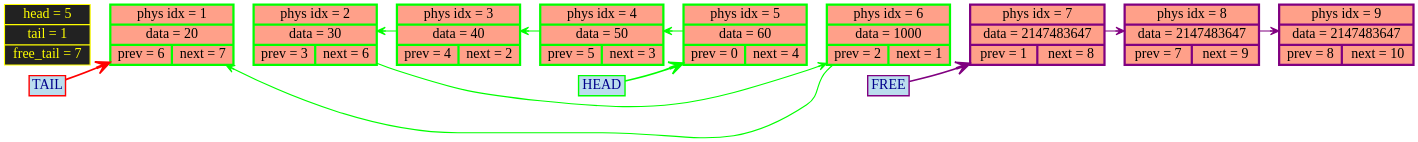
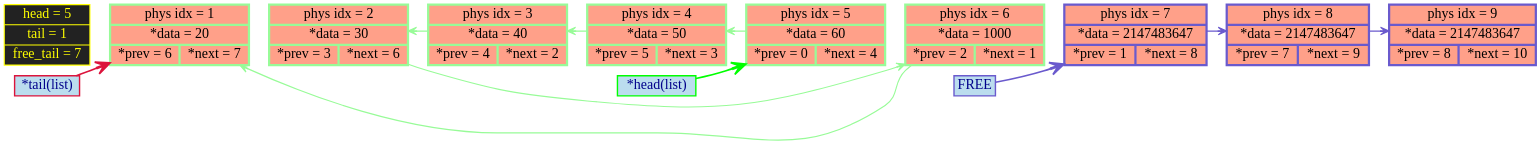
One commit to timoko3/list changed the diagram in graphDump.dot. Above: the diagram before and after it, drawn with Graphviz. The commit also changed 6 other files, not shown here.

```diff
--- a/graphDump.dot
+++ b/graphDump.dot
@@ -1,40 +1,40 @@
 digraph G {
 rankdir=LR
 bgcolor="transparent"
 	node [shape=record, style="filled", fillcolor="#FFA089", fontcolor="black", color="#007CAD", penwidth=2.5, fontname="Tahoma", fontsize=25];
 
 edge [color="#2d714f", arrowsize=1, penwidth=5, arrowhead="vee", style="bold"];
 node0 [label="head = 5 | tail = 1 | free_tail = 7", shape=record, style="filled", fillcolor="#222222", fontcolor="yellow", color="yellow", penwidth=2];
-	node1 [label="phys idx = 1 | data = 20 | {prev = 6 | next = 7} "];
-	node2 [label="phys idx = 2 | data = 30 | {prev = 3 | next = 6} "];
-	node3 [label="phys idx = 3 | data = 40 | {prev = 4 | next = 2} "];
-	node4 [label="phys idx = 4 | data = 50 | {prev = 5 | next = 3} "];
-	node5 [label="phys idx = 5 | data = 60 | {prev = 0 | next = 4} "];
-	node6 [label="phys idx = 6 | data = 1000 | {prev = 2 | next = 1} "];
-	node7 [label="phys idx = 7 | data = 2147483647 | {prev = 1 | next = 8} "];
-	node8 [label="phys idx = 8 | data = 2147483647 | {prev = 7 | next = 9} "];
-	node9 [label="phys idx = 9 | data = 2147483647 | {prev = 8 | next = 10} "];
+	node1 [label="phys idx = 1 | *data = 20 | {*prev = 6 | *next = 7} "];
+	node2 [label="phys idx = 2 | *data = 30 | {*prev = 3 | *next = 6} "];
+	node3 [label="phys idx = 3 | *data = 40 | {*prev = 4 | *next = 2} "];
+	node4 [label="phys idx = 4 | *data = 50 | {*prev = 5 | *next = 3} "];
+	node5 [label="phys idx = 5 | *data = 60 | {*prev = 0 | *next = 4} "];
+	node6 [label="phys idx = 6 | *data = 1000 | {*prev = 2 | *next = 1} "];
+	node7 [label="phys idx = 7 | *data = 2147483647 | {*prev = 1 | *next = 8} "];
+	node8 [label="phys idx = 8 | *data = 2147483647 | {*prev = 7 | *next = 9} "];
+	node9 [label="phys idx = 9 | *data = 2147483647 | {*prev = 8 | *next = 10} "];
 
-head_label [shape=box, label="HEAD", style="filled", fillcolor="#BBDDEE", color="lime", fontcolor="darkblue"];
-tail_label [shape=box, label="TAIL", style="filled", fillcolor="#BBDDEE", color="red", fontcolor="darkblue"];
-free_head_label [shape=box, label="FREE", style="filled", fillcolor="#BBDDEE", color="purple", fontcolor="darkblue"];
-head_label -> node5 [color="lime", arrowsize=2.5, penwidth=3];
-tail_label -> node1 [color="red", arrowsize=2.5, penwidth=3];
-free_head_label -> node7 [color="purple", arrowsize=2.5, penwidth=3];
+head_label [shape=box, label="*head(list)", style="filled", fillcolor="#BBDDEE", color="lime", fontcolor="darkblue"];
+tail_label [shape=box, label="*tail(list)", style="filled", fillcolor="#BBDDEE", color="#DC143C",   fontcolor="darkblue"];
+free_head_label [shape=box, label="FREE", style="filled"  , fillcolor="#BBDDEE", color="#6A5ACD",   fontcolor="darkblue"];
+head_label      -> node5 [color="lime", arrowsize=2.5, penwidth=3];
+tail_label      -> node1 [color="#DC143C"  , arrowsize=2.5, penwidth=3];
+free_head_label -> node7 [color="#6A5ACD"  , arrowsize=2.5, penwidth=3];
 node0 -> node1[style=invis, weight = 100000]	node1 -> node2 -> node3 -> node4 -> node5 -> node6 -> node7 -> node8 -> node9[style=invis, weight=1000000];
-	node5 -> node4 -> node3 -> node2 -> node6 -> node1[color="lime", arrowsize=1.5, penwidth=2, weight=100000];
+	node5 -> node4 -> node3 -> node2 -> node6 -> node1[color="#98FB98", arrowsize=1.5, penwidth=2, weight=100000];
 
-	node5[color = "lime", penwidth=4];
-	node4[color = "lime", penwidth=4];
-	node3[color = "lime", penwidth=4];
-	node2[color = "lime", penwidth=4];
-	node6[color = "lime", penwidth=4];
-	node1[color = "lime", penwidth=4];
+	node5[color = "#98FB98", penwidth=4];
+	node4[color = "#98FB98", penwidth=4];
+	node3[color = "#98FB98", penwidth=4];
+	node2[color = "#98FB98", penwidth=4];
+	node6[color = "#98FB98", penwidth=4];
+	node1[color = "#98FB98", penwidth=4];
 
-	node7 -> node8 -> node9[color="purple", arrowsize=1.5, penwidth=2, weight=100000];
+	node7 -> node8 -> node9[color="#6A5ACD", arrowsize=1.5, penwidth=2, weight=100000];
 
-	node7[color = "purple", penwidth=4];
-	node8[color = "purple", penwidth=4];
-	node9[color = "purple", penwidth=4];
+	node7[color = "#6A5ACD", penwidth=4];
+	node8[color = "#6A5ACD", penwidth=4];
+	node9[color = "#6A5ACD", penwidth=4];
 
 }
```
